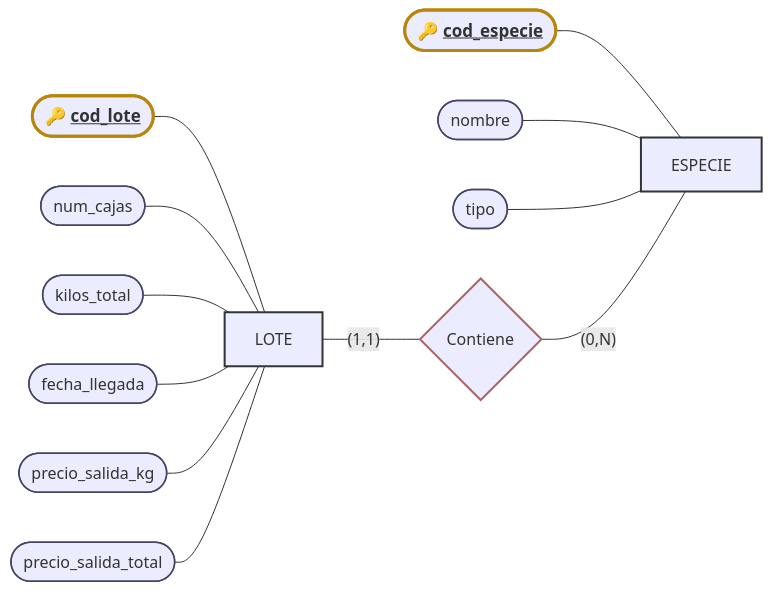
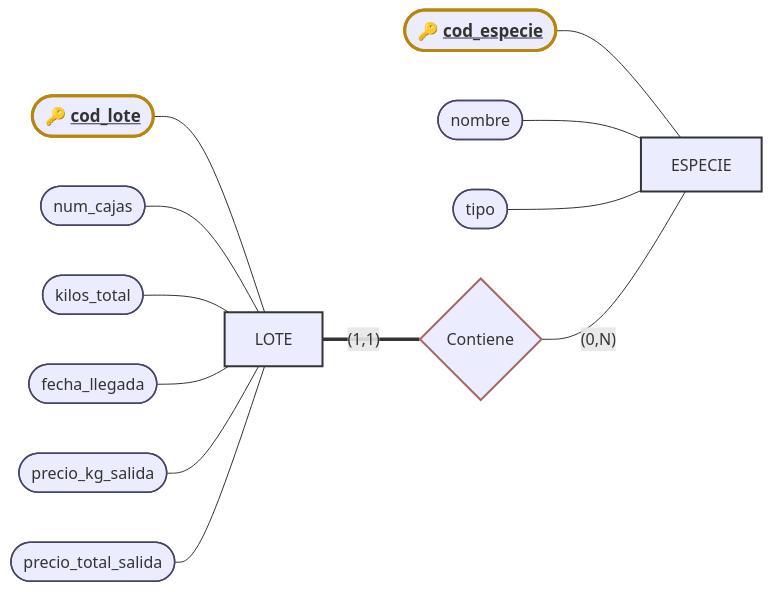
The diagram in Practica/P1/Schema/Lote-Contiene-Especie.md (JulTob/BasesDeDatos), drawn with Mermaid before and after one commit. The commit also changed 16 other files, not shown here.

````diff
--- a/Practica/P1/Schema/Lote-Contiene-Especie.md
+++ b/Practica/P1/Schema/Lote-Contiene-Especie.md
@@ -1,33 +1,33 @@
 ```mermaid
 
 flowchart LR
     classDef entidad stroke:#333,stroke-width:2px;
     classDef relacion stroke:#a66,stroke-width:2px;
     classDef atributo stroke:#446,stroke-width:1.5px;
     classDef identificador stroke:#B8860B,stroke-width:3px,font-weight:bold,font-size:17px;
 
     %% Entidades
     Lote[LOTE]:::entidad
     Especie[ESPECIE]:::entidad
 
     %% Interrelación
     Contiene{Contiene}:::relacion
 
     %% Atributos de LOTE
     cod_lote(["🔑 <u>cod_lote</u>"]):::identificador --- Lote
     num_cajas([num_cajas]):::atributo --- Lote
     kilos_total([kilos_total]):::atributo --- Lote
     fecha_llegada([fecha_llegada]):::atributo --- Lote
-    precio_kg([precio_salida_kg]):::atributo --- Lote
-    precio_total([precio_salida_total]):::atributo --- Lote
+    precio_kg([precio_kg_salida]):::atributo --- Lote
+    precio_total([precio_total_salida]):::atributo --- Lote
 
     %% Atributos de ESPECIE
     cod_especie(["🔑 <u>cod_especie</u>"]):::identificador --- Especie
     nombre_especie([nombre]):::atributo --- Especie
     tipo_especie([tipo]):::atributo --- Especie
 
     %% Cardinalidades (mínimo, máximo)
-    Lote ---|"(1,1)"| Contiene
+    Lote ===|"(1,1)"| Contiene
     Contiene ---|"(0,N)"| Especie
 
 ```
````
